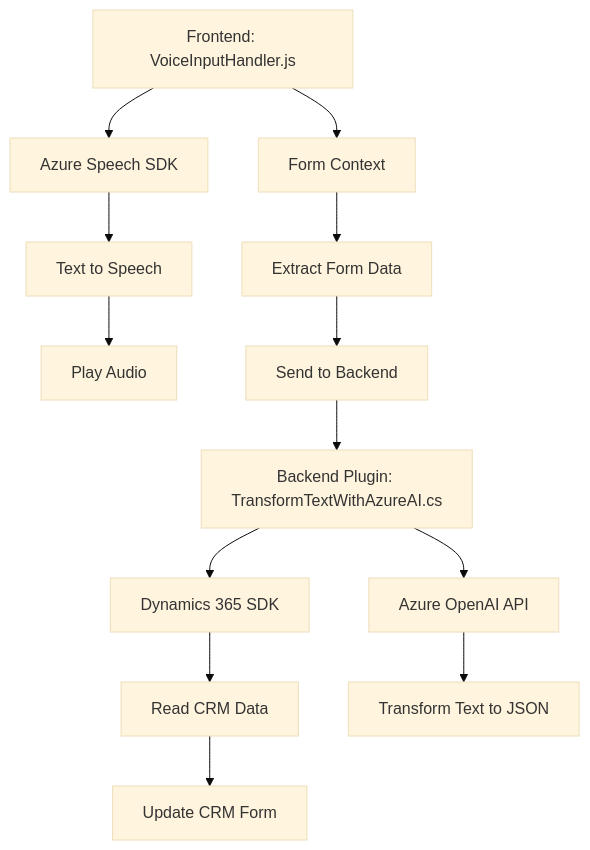
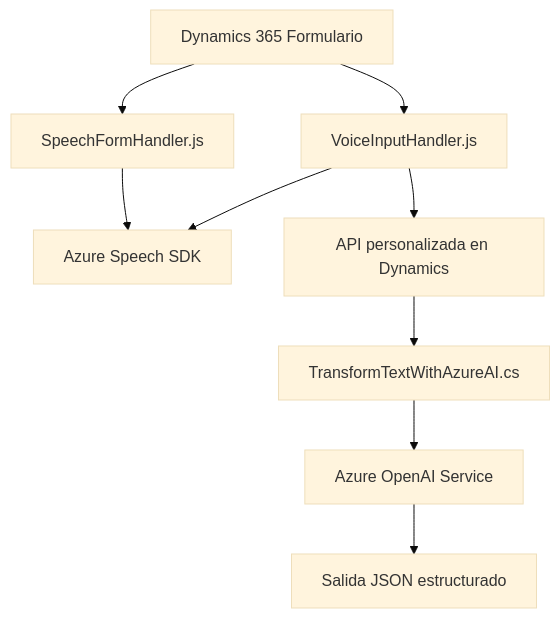
The diagram in README.md (blopezdm/NETCORE_BILBAO2025), drawn with Mermaid (base theme) before and after one commit. The commit also changed other lines of this file, not shown here.

````diff
--- a/README.md
+++ b/README.md
@@ -40,16 +43,16 @@
 ```mermaid
 graph TD
-    A["Frontend: VoiceInputHandler.js"] --> B["Azure Speech SDK"]
-    A --> C["Form Context"]
-    B --> D["Text to Speech"]
-    C --> E["Extract Form Data"]
-    D --> F["Play Audio"]
-    E --> G["Send to Backend"]
+    A["Dynamics 365 Formulario"]
+    B["SpeechFormHandler.js"]
+    C["VoiceInputHandler.js"]
+    D["Azure Speech SDK"]
+    E["API personalizada en Dynamics"]
+    F["TransformTextWithAzureAI.cs"]
+    G["Azure OpenAI Service"]
+    H["Salida JSON estructurado"]
 
-    G --> H["Backend Plugin: TransformTextWithAzureAI.cs"]
-    H --> I["Dynamics 365 SDK"]
-    I --> J["Read CRM Data"]
-    H --> K["Azure OpenAI API"]
-    K --> L["Transform Text to JSON"]
-    J --> M["Update CRM Form"]
+    A --> B --> D
+    A --> C --> D
+    C --> E
+    E --> F --> G --> H
 ```
````
